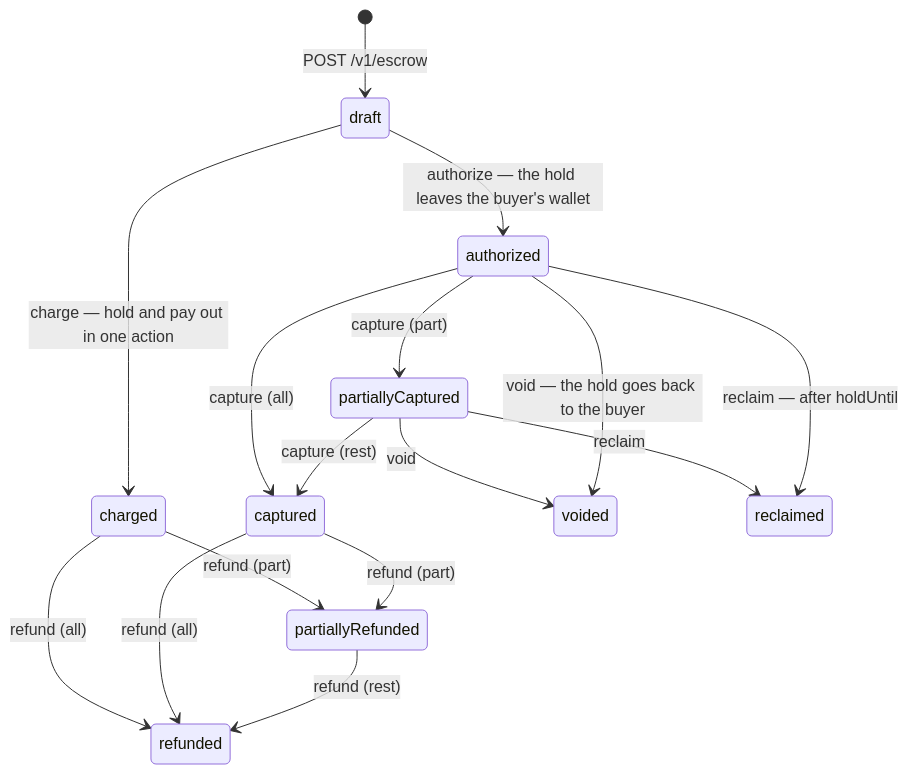
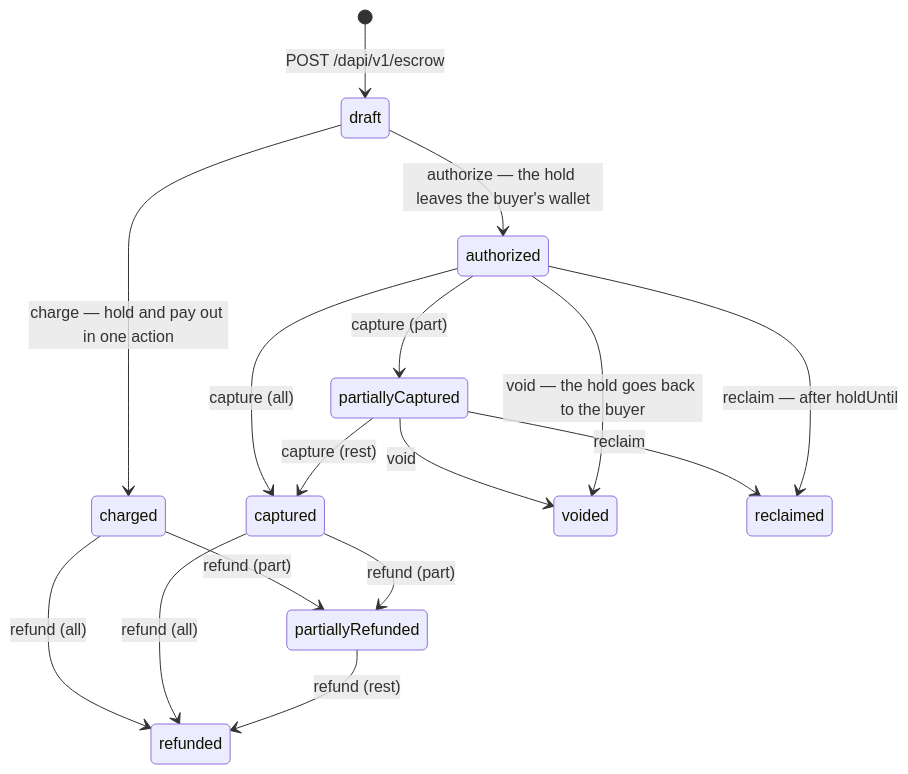
One commit to hevn-inc/docs changed the first of 2 diagrams in whitelabel/escrow.mdx. Above: the diagram before and after it, drawn with Mermaid. The commit also changed other lines of this file and 37 other files, not shown here.

````diff
--- a/whitelabel/escrow.mdx
+++ b/whitelabel/escrow.mdx
@@ -10,18 +10,18 @@
 ```mermaid
 stateDiagram-v2
-    [*] --> draft: POST /v1/escrow
+    [*] --> draft: POST /dapi/v1/escrow
     draft --> authorized: authorize — the hold leaves the buyer's wallet
     draft --> charged: charge — hold and pay out in one action
     authorized --> partiallyCaptured: capture (part)
     partiallyCaptured --> captured: capture (rest)
     authorized --> captured: capture (all)
     authorized --> voided: void — the hold goes back to the buyer
     partiallyCaptured --> voided: void
     authorized --> reclaimed: reclaim — after holdUntil
     partiallyCaptured --> reclaimed: reclaim
     captured --> partiallyRefunded: refund (part)
     charged --> partiallyRefunded: refund (part)
     partiallyRefunded --> refunded: refund (rest)
     captured --> refunded: refund (all)
     charged --> refunded: refund (all)
 ```
````
